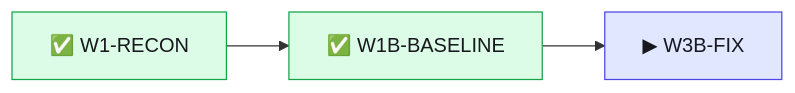
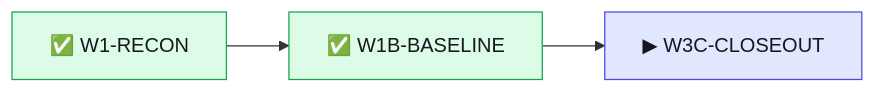
Before and after one commit to helpfulbriefl/rail: the diagram in .bro/STATUS.md, drawn with Mermaid. The commit also changed other lines of this file and 14 other files, not shown here.

````diff
--- a/.bro/STATUS.md
+++ b/.bro/STATUS.md
@@ -8,14 +8,14 @@
 ```mermaid
 flowchart LR
   n0["✅ W1-RECON"]:::done
   n1["✅ W1B-BASELINE"]:::done
   n0 --> n1
-  n2["▶ W3B-FIX"]:::run
+  n2["▶ W3C-CLOSEOUT"]:::run
   n1 --> n2
   classDef done fill:#DCFCE7,stroke:#16A34A,color:#16181D
   classDef run fill:#E0E7FF,stroke:#4F46E5,color:#16181D
   classDef wait fill:#FEF3C7,stroke:#D97706,color:#16181D
   classDef todo fill:#FFFFFF,stroke:#E6E7EB,color:#5B6170
   classDef pause fill:#F3F4F6,stroke:#9CA3AF,color:#5B6170
   classDef frozen fill:#F3F4F6,stroke:#9CA3AF,color:#5B6170
 ```
````
